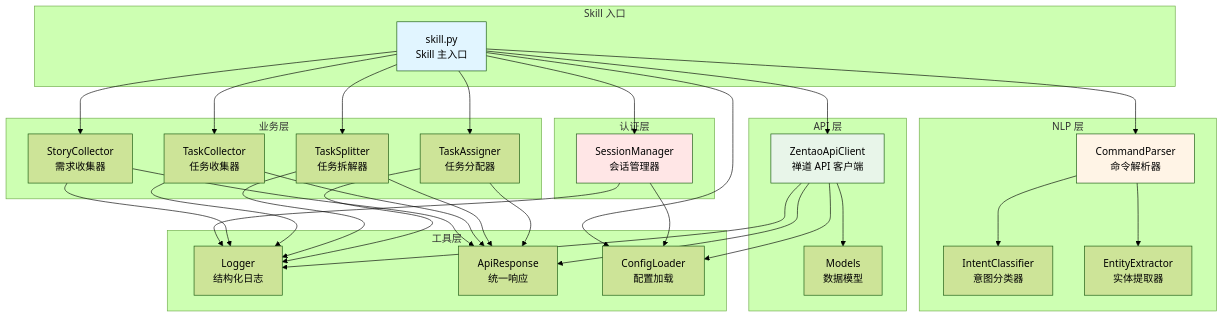
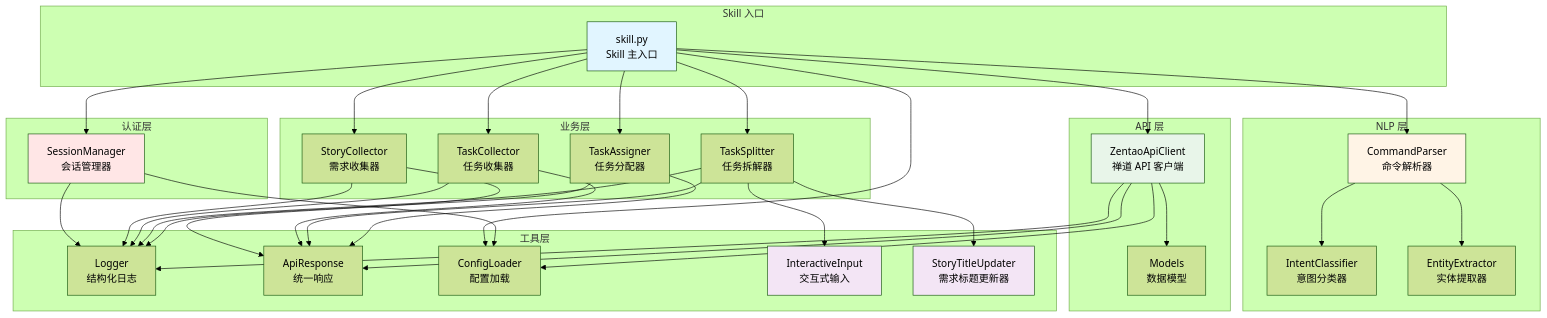
Before and after one commit to Zaxuk/Project-Z: the second of 5 diagrams in ZTools/docs/design/architecture.md, drawn with Mermaid (forest theme). The commit also changed other lines of this file and 6 other files, not shown here.

````diff
--- a/ZTools/docs/design/architecture.md
+++ b/ZTools/docs/design/architecture.md
@@ -71,68 +71,75 @@
 ```mermaid
 graph TB
     subgraph "Skill 入口"
         SkillPy[skill.py<br/>Skill 主入口]
     end
 
     subgraph "NLP 层"
         CommandParser[CommandParser<br/>命令解析器]
         IntentClassifier[IntentClassifier<br/>意图分类器]
         EntityExtractor[EntityExtractor<br/>实体提取器]
     end
 
     subgraph "认证层"
         SessionManager[SessionManager<br/>会话管理器]
     end
 
     subgraph "API 层"
         ZentaoApiClient[ZentaoApiClient<br/>禅道 API 客户端]
         Models[Models<br/>数据模型]
     end
 
     subgraph "业务层"
         StoryCollector[StoryCollector<br/>需求收集器]
         TaskCollector[TaskCollector<br/>任务收集器]
         TaskSplitter[TaskSplitter<br/>任务拆解器]
         TaskAssigner[TaskAssigner<br/>任务分配器]
     end
 
     subgraph "工具层"
         Logger[Logger<br/>结构化日志]
         Response[ApiResponse<br/>统一响应]
         ConfigLoader[ConfigLoader<br/>配置加载]
+        InteractiveInput[InteractiveInput<br/>交互式输入]
+        StoryTitleUpdater[StoryTitleUpdater<br/>需求标题更新器]
     end
 
     SkillPy --> CommandParser
     CommandParser --> IntentClassifier
     CommandParser --> EntityExtractor
 
     SkillPy --> SessionManager
     SkillPy --> ZentaoApiClient
     SkillPy --> StoryCollector
     SkillPy --> TaskCollector
     SkillPy --> TaskSplitter
     SkillPy --> TaskAssigner
 
     SessionManager --> Logger
     ZentaoApiClient --> Models
     ZentaoApiClient --> Logger
     StoryCollector --> Logger
     TaskCollector --> Logger
     TaskSplitter --> Logger
     TaskAssigner --> Logger
 
     ZentaoApiClient --> Response
     StoryCollector --> Response
     TaskCollector --> Response
     TaskSplitter --> Response
     TaskAssigner --> Response
 
     SkillPy --> ConfigLoader
     SessionManager --> ConfigLoader
     ZentaoApiClient --> ConfigLoader
 
+    TaskSplitter --> InteractiveInput
+    TaskSplitter --> StoryTitleUpdater
+
     style SkillPy fill:#e1f5ff
     style CommandParser fill:#fff4e6
     style SessionManager fill:#ffe6e6
     style ZentaoApiClient fill:#e8f5e9
+    style InteractiveInput fill:#f3e5f5
+    style StoryTitleUpdater fill:#f3e5f5
 ```
````
